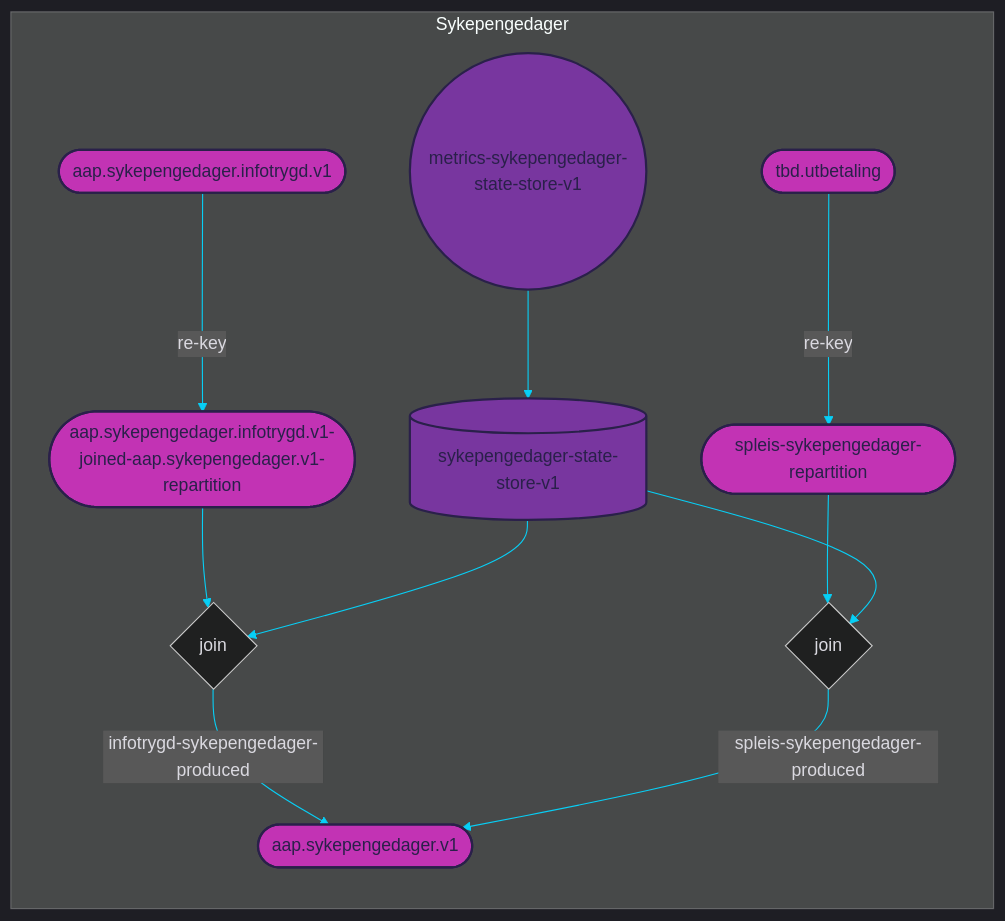
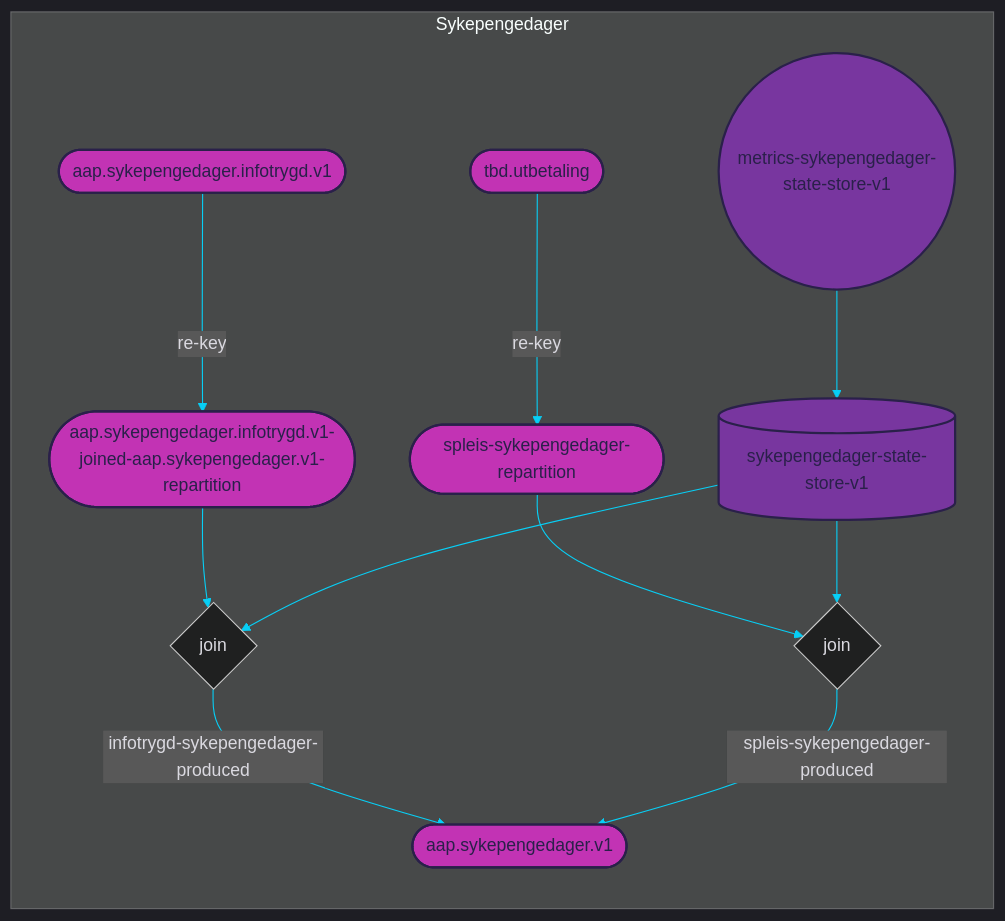
The diagram in doc/topology.mermaid (navikt/aap-sykepengedager), drawn with Mermaid before and after one commit. The commit also changed 7 other files, not shown here.

```diff
--- a/doc/topology.mermaid
+++ b/doc/topology.mermaid
@@ -1,54 +1,54 @@
 
 %%{init: {'theme': 'dark', 'themeVariables': { 'primaryColor': '#07cff6', 'textColor': '#dad9e0', 'lineColor': '#07cff6'}}}%%
 
 graph LR
 
 subgraph Sykepengedager
     %% TOPICS
-    aap.sykepengedager.infotrygd.v1-joined-aap.sykepengedager.v1-repartition([aap.sykepengedager.infotrygd.v1-joined-aap.sykepengedager.v1-repartition])
+    spleis-sykepengedager-repartition([spleis-sykepengedager-repartition])
+	aap.sykepengedager.infotrygd.v1-joined-aap.sykepengedager.v1-repartition([aap.sykepengedager.infotrygd.v1-joined-aap.sykepengedager.v1-repartition])
 	aap.sykepengedager.v1([aap.sykepengedager.v1])
-	spleis-sykepengedager-repartition([spleis-sykepengedager-repartition])
 	tbd.utbetaling([tbd.utbetaling])
 	aap.sykepengedager.infotrygd.v1([aap.sykepengedager.infotrygd.v1])
     
     %% JOINS
     join-0{join}
 	join-1{join}
     
     %% STATE STORES
     sykepengedager-state-store-v1[(sykepengedager-state-store-v1)]
     
     %% PROCESSOR API JOBS
     metrics-sykepengedager-state-store-v1((metrics-sykepengedager-state-store-v1))
     
     %% JOIN STREAMS
     aap.sykepengedager.infotrygd.v1-joined-aap.sykepengedager.v1-repartition --> join-0
 	sykepengedager-state-store-v1 --> join-0
 	join-0 --> |infotrygd-sykepengedager-produced| aap.sykepengedager.v1
 	spleis-sykepengedager-repartition --> join-1
 	sykepengedager-state-store-v1 --> join-1
 	join-1 --> |spleis-sykepengedager-produced| aap.sykepengedager.v1
     
     %% JOB STREAMS
     metrics-sykepengedager-state-store-v1 --> sykepengedager-state-store-v1
     
     %% REPARTITION STREAMS
     tbd.utbetaling --> |re-key| spleis-sykepengedager-repartition
 	aap.sykepengedager.infotrygd.v1 --> |re-key| aap.sykepengedager.infotrygd.v1-joined-aap.sykepengedager.v1-repartition
 end
 
 %% COLORS
 %% light    #dad9e0
 %% purple   #78369f
 %% pink     #c233b4
 %% dark     #2a204a
 %% blue     #07cff6
 
 %% STYLES
+style spleis-sykepengedager-repartition fill:#c233b4, stroke:#2a204a, stroke-width:2px, color:#2a204a
 style aap.sykepengedager.infotrygd.v1-joined-aap.sykepengedager.v1-repartition fill:#c233b4, stroke:#2a204a, stroke-width:2px, color:#2a204a
 style aap.sykepengedager.v1 fill:#c233b4, stroke:#2a204a, stroke-width:2px, color:#2a204a
-style spleis-sykepengedager-repartition fill:#c233b4, stroke:#2a204a, stroke-width:2px, color:#2a204a
 style tbd.utbetaling fill:#c233b4, stroke:#2a204a, stroke-width:2px, color:#2a204a
 style aap.sykepengedager.infotrygd.v1 fill:#c233b4, stroke:#2a204a, stroke-width:2px, color:#2a204a
 style sykepengedager-state-store-v1 fill:#78369f, stroke:#2a204a, stroke-width:2px, color:#2a204a
 style metrics-sykepengedager-state-store-v1 fill:#78369f, stroke:#2a204a, stroke-width:2px, color:#2a204a
```
